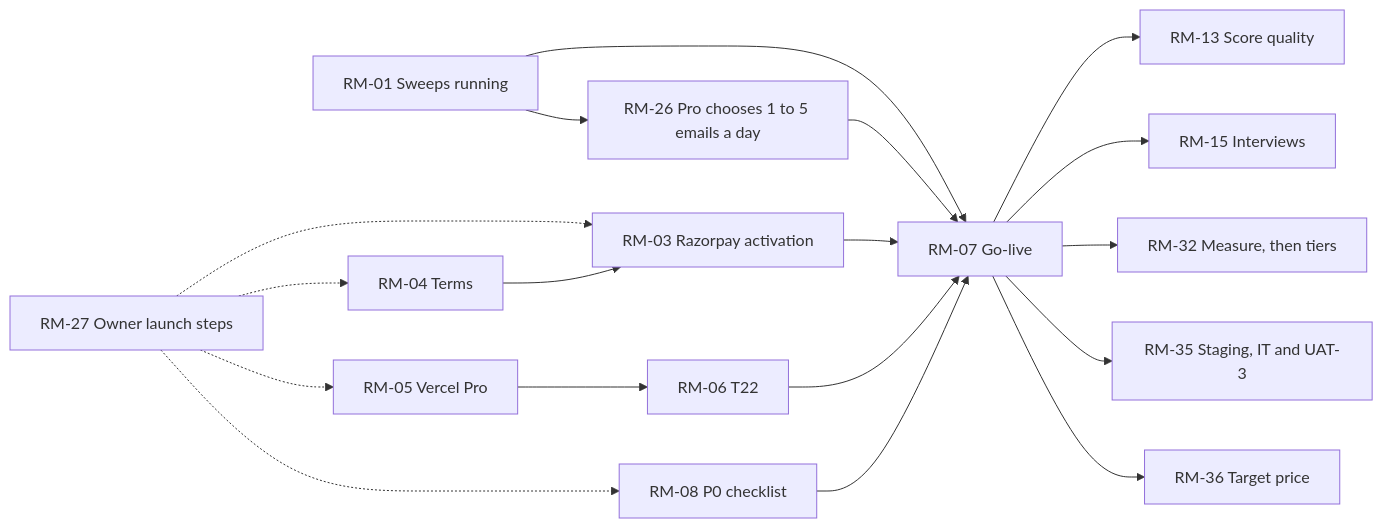
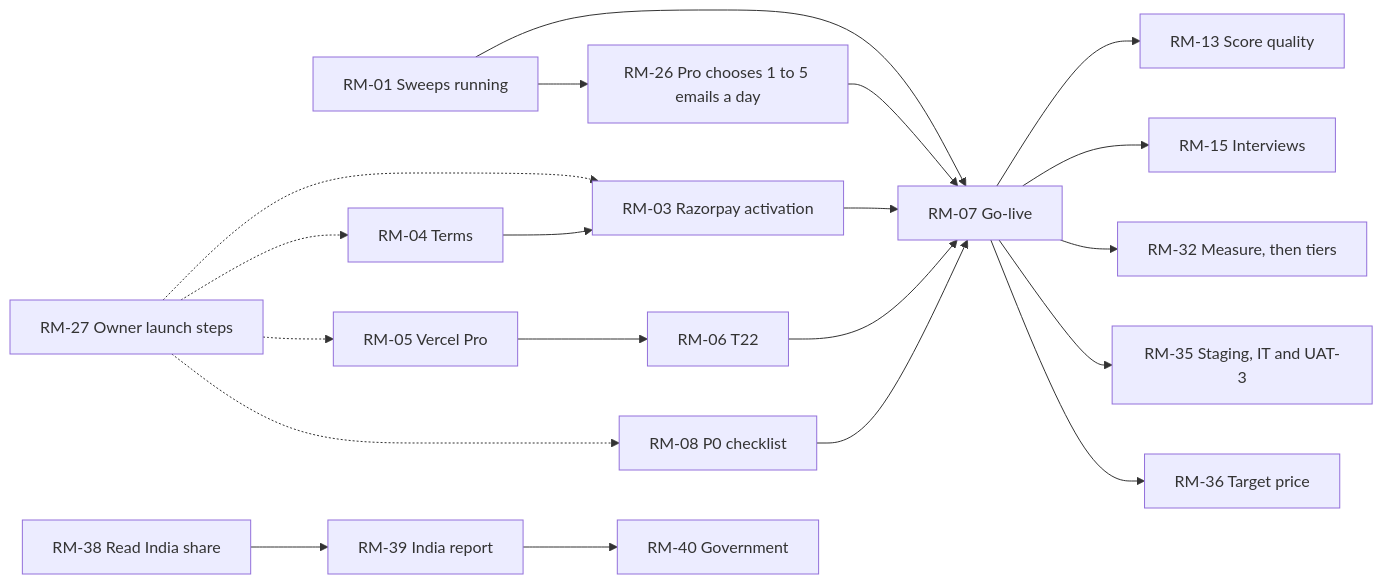
Before and after one commit to bhawnamanglapm/travel-problem-radar-case-study: the diagram in pm/04-planning-and-governance/roadmap.md, drawn with Mermaid. The commit also changed other lines of this file and 7 other files, not shown here.

Commit message:
docs: KPI-20 target 20%, Indian communities to try, path to the Government of India (DSC-10, R-17, CR-24, RM-39, RM-40)

````diff
--- a/pm/04-planning-and-governance/roadmap.md
+++ b/pm/04-planning-and-governance/roadmap.md
@@ -64,14 +66,15 @@
 ```mermaid
 flowchart LR
   RM01["RM-01 Sweeps running"] --> RM07
   RM01 --> RM26["RM-26 Pro chooses 1 to 5 emails a day"] --> RM07
   RM27["RM-27 Owner launch steps"] -.-> RM03 & RM04 & RM05 & RM08
   RM04["RM-04 Terms"] --> RM03["RM-03 Razorpay activation"] --> RM07["RM-07 Go-live"]
   RM05["RM-05 Vercel Pro"] --> RM06["RM-06 T22"] --> RM07
   RM08["RM-08 P0 checklist"] --> RM07
   RM07 --> RM13["RM-13 Score quality"]
   RM07 --> RM15["RM-15 Interviews"]
   RM07 --> RM32["RM-32 Measure, then tiers"]
   RM07 --> RM35["RM-35 Staging, IT and UAT-3"]
   RM07 --> RM36["RM-36 Target price"]
+  RM38["RM-38 Read India share"] --> RM39["RM-39 India report"] --> RM40["RM-40 Government"]
 ```
````
